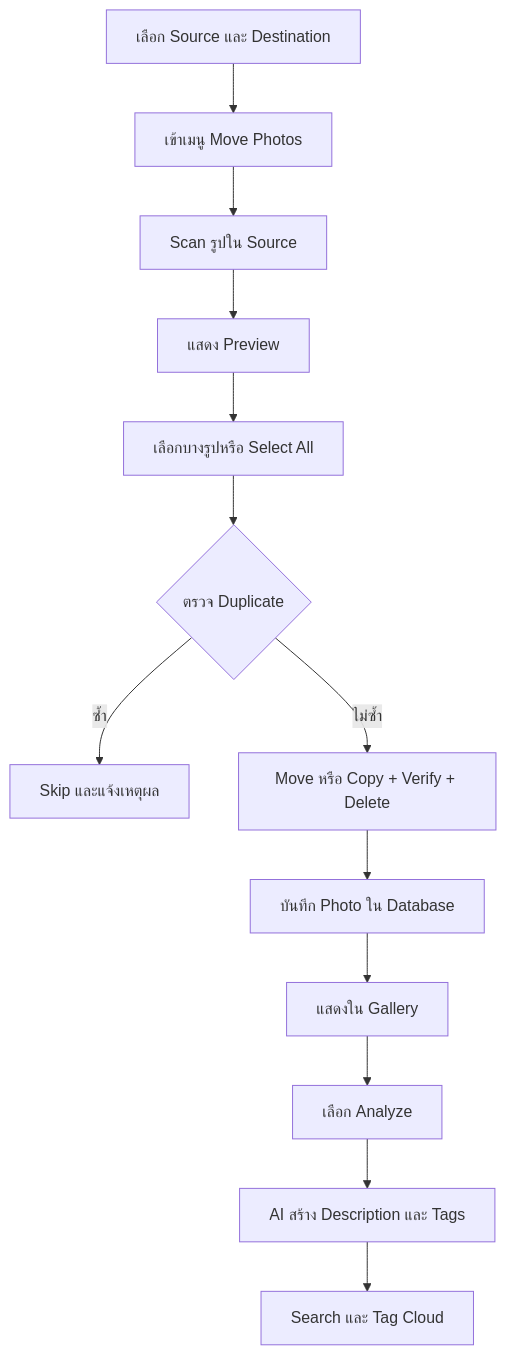
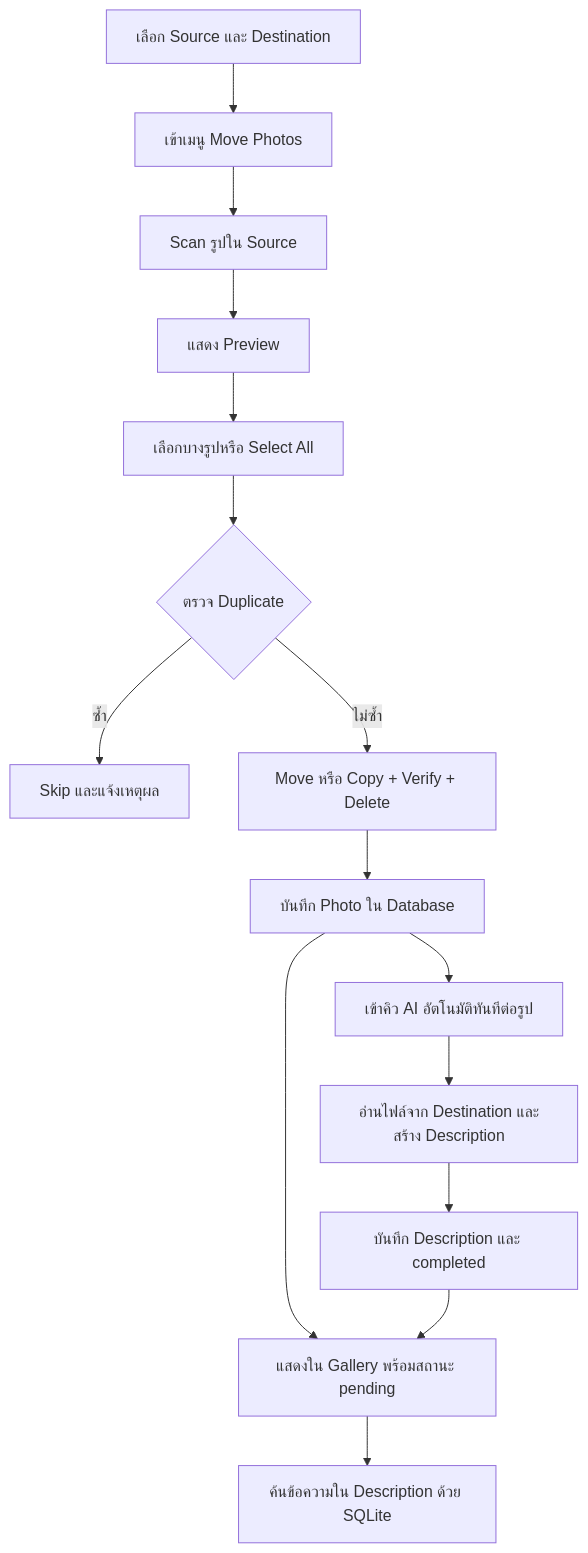
Before and after one commit to TsumiyaZ/1204433-Final-Project-BackupFile: the diagram in FinalProject-Obsidian/01-Cross Platform App/01-Requirements and Flow.md, drawn with Mermaid. The commit also changed other lines of this file and 20 other files, not shown here.

````diff
--- a/FinalProject-Obsidian/01-Cross Platform App/01-Requirements and Flow.md
+++ b/FinalProject-Obsidian/01-Cross Platform App/01-Requirements and Flow.md
@@ -27,15 +27,17 @@
 ```mermaid
 flowchart TD
     A[เลือก Source และ Destination] --> B[เข้าเมนู Move Photos]
     B --> C[Scan รูปใน Source]
     C --> D[แสดง Preview]
     D --> E[เลือกบางรูปหรือ Select All]
     E --> F{ตรวจ Duplicate}
     F -->|ซ้ำ| G[Skip และแจ้งเหตุผล]
     F -->|ไม่ซ้ำ| H[Move หรือ Copy + Verify + Delete]
     H --> I[บันทึก Photo ใน Database]
-    I --> J[แสดงใน Gallery]
-    J --> K[เลือก Analyze]
-    K --> L[AI สร้าง Description และ Tags]
-    L --> M[Search และ Tag Cloud]
+    I --> J[แสดงใน Gallery พร้อมสถานะ pending]
+    I --> K[เข้าคิว AI อัตโนมัติทันทีต่อรูป]
+    K --> L[อ่านไฟล์จาก Destination และสร้าง Description]
+    L --> M[บันทึก Description และ completed]
+    M --> J
+    J --> N[ค้นข้อความใน Description ด้วย SQLite]
 ```
````
